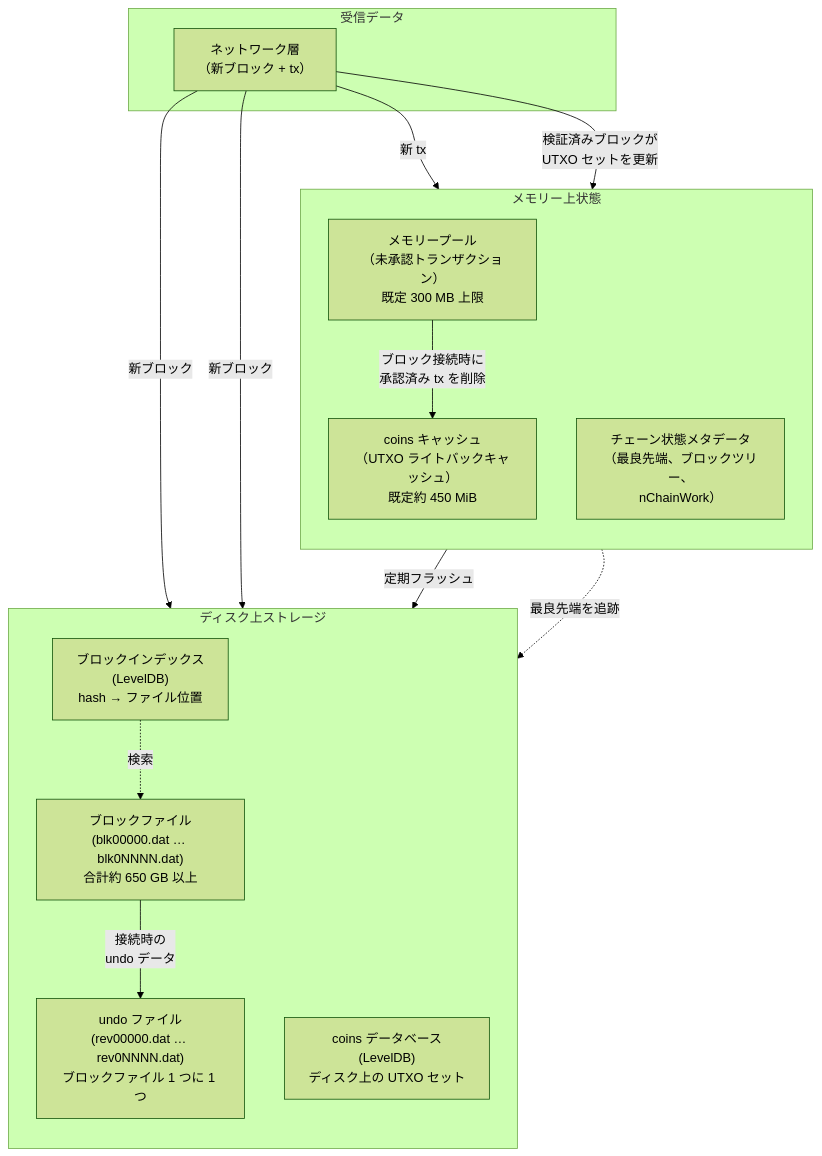
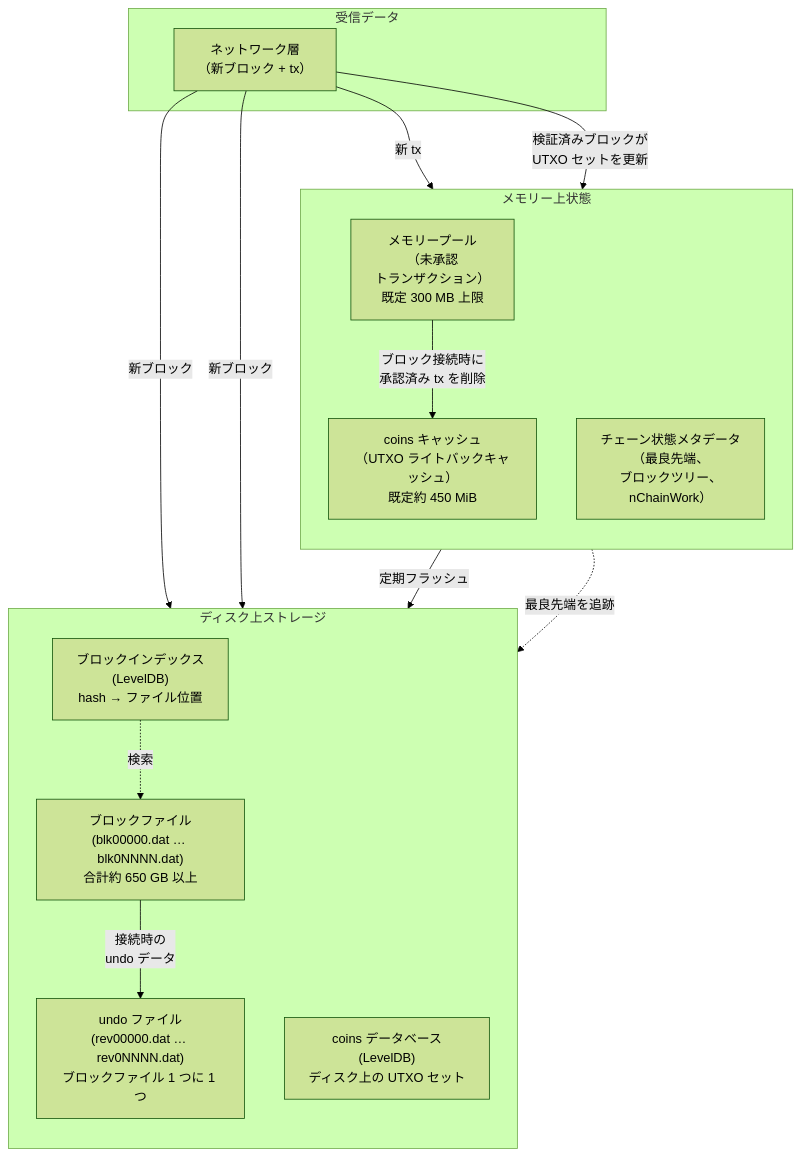
Before and after one commit to cypher256/BitcoinArchive: the first of 7 diagrams in src/data/translations/ja/design/2009-01-03-bitcoin-storage-design.md, drawn with Mermaid (forest theme). The commit also changed other lines of this file and 11 other files, not shown here.

First line of the commit message:
JA Mermaid labels: wrap long CJK labels (mermaid-ja-wrap, 12 design docs)

````diff
--- a/src/data/translations/ja/design/2009-01-03-bitcoin-storage-design.md
+++ b/src/data/translations/ja/design/2009-01-03-bitcoin-storage-design.md
@@ -52,31 +52,31 @@
 ```mermaid
 flowchart TB
     subgraph DISK["ディスク上ストレージ"]
         direction TB
         BLK["ブロックファイル<br/>(blk00000.dat … blk0NNNN.dat)<br/>合計約 650 GB 以上"]
         REV["undo ファイル<br/>(rev00000.dat … rev0NNNN.dat)<br/>ブロックファイル 1 つに 1 つ"]
         COINS_DB["coins データベース<br/>(LevelDB)<br/>ディスク上の UTXO セット"]
         BLK_IDX["ブロックインデックス<br/>(LevelDB)<br/>hash → ファイル位置"]
     end
 
     subgraph MEMORY["メモリー上状態"]
         direction TB
         COINS_CACHE["coins キャッシュ<br/>（UTXO ライトバックキャッシュ）<br/>既定約 450 MiB"]
-        MEMPOOL["メモリープール<br/>（未承認トランザクション）<br/>既定 300 MB 上限"]
-        CHAINSTATE["チェーン状態メタデータ<br/>（最良先端、ブロックツリー、<br/>nChainWork）"]
+        MEMPOOL["メモリープール<br/>（未承認<br/>トランザクション）<br/>既定 300 MB 上限"]
+        CHAINSTATE["チェーン状態メタデータ<br/>（最良先端、<br/>ブロックツリー、<br/>nChainWork）"]
     end
 
     subgraph INPUT["受信データ"]
         NET["ネットワーク層<br/>（新ブロック + tx）"]
     end
 
     NET -- "新ブロック" --> BLK
     NET -- "新ブロック" --> BLK_IDX
     NET -- "新 tx" --> MEMPOOL
     BLK -- "接続時の<br/>undo データ" --> REV
     NET -- "検証済みブロックが<br/>UTXO セットを更新" --> COINS_CACHE
     COINS_CACHE -- "定期フラッシュ" --> COINS_DB
     MEMPOOL -- "ブロック接続時に<br/>承認済み tx を削除" --> COINS_CACHE
     BLK_IDX -. "検索" .-> BLK
     CHAINSTATE -. "最良先端を追跡" .-> BLK_IDX
 ```
````
